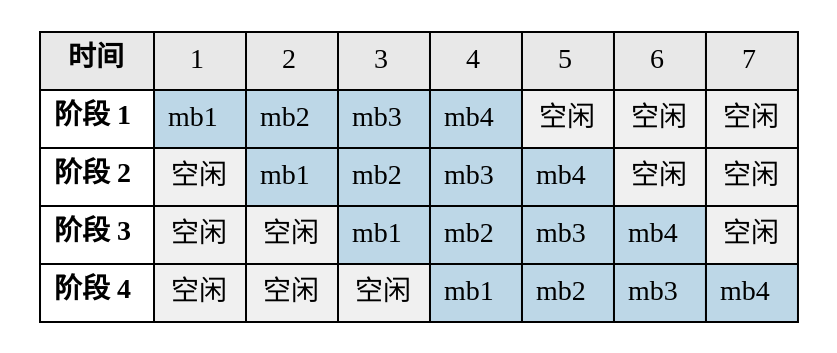
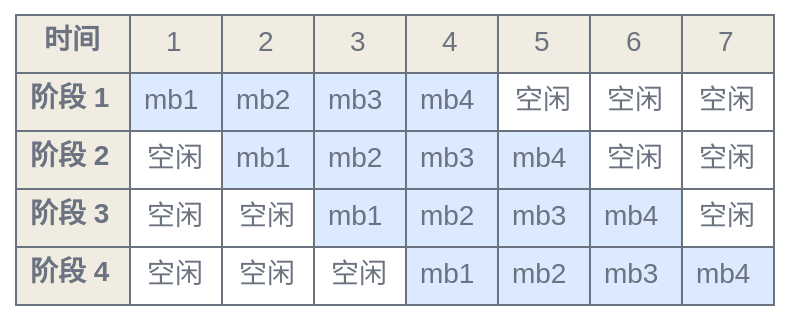
The first of 4 diagrams in zh/p1-foundations/08-training-at-scale.qmd (latere-ai/ai-as-an-infrastructure), drawn with Graphviz before and after one commit. The commit also changed other lines of this file and 186 other files, not shown here.

First line of the commit message:
book: visual audit pass on all diagrams and figures

````diff
--- a/zh/p1-foundations/08-training-at-scale.qmd
+++ b/zh/p1-foundations/08-training-at-scale.qmd
@@ -43,17 +43,18 @@
 ```{dot}
 //| label: fig-training-bubble
 //| fig-cap: "四个阶段、四个微批上的流水线气泡：起始处的填充与末尾处的排空让各阶段空闲。仿照 Huang 等，2019。"
 digraph bubble {
+  bgcolor="transparent";
   rankdir=LR;
-  node [shape=plaintext];
+  node [shape=plaintext, fontname="Helvetica", fontcolor="#6b7280"];
   t [label=<
-    <table border="0" cellborder="1" cellspacing="0" cellpadding="6">
-      <tr><td bgcolor="#e8e8e8"><b>时间</b></td><td bgcolor="#e8e8e8">1</td><td bgcolor="#e8e8e8">2</td><td bgcolor="#e8e8e8">3</td><td bgcolor="#e8e8e8">4</td><td bgcolor="#e8e8e8">5</td><td bgcolor="#e8e8e8">6</td><td bgcolor="#e8e8e8">7</td></tr>
-      <tr><td><b>阶段 1</b></td><td bgcolor="#bdd7e7">mb1</td><td bgcolor="#bdd7e7">mb2</td><td bgcolor="#bdd7e7">mb3</td><td bgcolor="#bdd7e7">mb4</td><td bgcolor="#f0f0f0">空闲</td><td bgcolor="#f0f0f0">空闲</td><td bgcolor="#f0f0f0">空闲</td></tr>
-      <tr><td><b>阶段 2</b></td><td bgcolor="#f0f0f0">空闲</td><td bgcolor="#bdd7e7">mb1</td><td bgcolor="#bdd7e7">mb2</td><td bgcolor="#bdd7e7">mb3</td><td bgcolor="#bdd7e7">mb4</td><td bgcolor="#f0f0f0">空闲</td><td bgcolor="#f0f0f0">空闲</td></tr>
-      <tr><td><b>阶段 3</b></td><td bgcolor="#f0f0f0">空闲</td><td bgcolor="#f0f0f0">空闲</td><td bgcolor="#bdd7e7">mb1</td><td bgcolor="#bdd7e7">mb2</td><td bgcolor="#bdd7e7">mb3</td><td bgcolor="#bdd7e7">mb4</td><td bgcolor="#f0f0f0">空闲</td></tr>
-      <tr><td><b>阶段 4</b></td><td bgcolor="#f0f0f0">空闲</td><td bgcolor="#f0f0f0">空闲</td><td bgcolor="#f0f0f0">空闲</td><td bgcolor="#bdd7e7">mb1</td><td bgcolor="#bdd7e7">mb2</td><td bgcolor="#bdd7e7">mb3</td><td bgcolor="#bdd7e7">mb4</td></tr>
+    <table border="0" cellborder="1" cellspacing="0" cellpadding="6" color="#6b7280">
+      <tr><td bgcolor="#f1ece1"><b>时间</b></td><td bgcolor="#f1ece1">1</td><td bgcolor="#f1ece1">2</td><td bgcolor="#f1ece1">3</td><td bgcolor="#f1ece1">4</td><td bgcolor="#f1ece1">5</td><td bgcolor="#f1ece1">6</td><td bgcolor="#f1ece1">7</td></tr>
+      <tr><td bgcolor="#f1ece1"><b>阶段 1</b></td><td bgcolor="#dbeafe">mb1</td><td bgcolor="#dbeafe">mb2</td><td bgcolor="#dbeafe">mb3</td><td bgcolor="#dbeafe">mb4</td><td>空闲</td><td>空闲</td><td>空闲</td></tr>
+      <tr><td bgcolor="#f1ece1"><b>阶段 2</b></td><td>空闲</td><td bgcolor="#dbeafe">mb1</td><td bgcolor="#dbeafe">mb2</td><td bgcolor="#dbeafe">mb3</td><td bgcolor="#dbeafe">mb4</td><td>空闲</td><td>空闲</td></tr>
+      <tr><td bgcolor="#f1ece1"><b>阶段 3</b></td><td>空闲</td><td>空闲</td><td bgcolor="#dbeafe">mb1</td><td bgcolor="#dbeafe">mb2</td><td bgcolor="#dbeafe">mb3</td><td bgcolor="#dbeafe">mb4</td><td>空闲</td></tr>
+      <tr><td bgcolor="#f1ece1"><b>阶段 4</b></td><td>空闲</td><td>空闲</td><td>空闲</td><td bgcolor="#dbeafe">mb1</td><td bgcolor="#dbeafe">mb2</td><td bgcolor="#dbeafe">mb3</td><td bgcolor="#dbeafe">mb4</td></tr>
     </table>
   >];
 }
 ```
````
